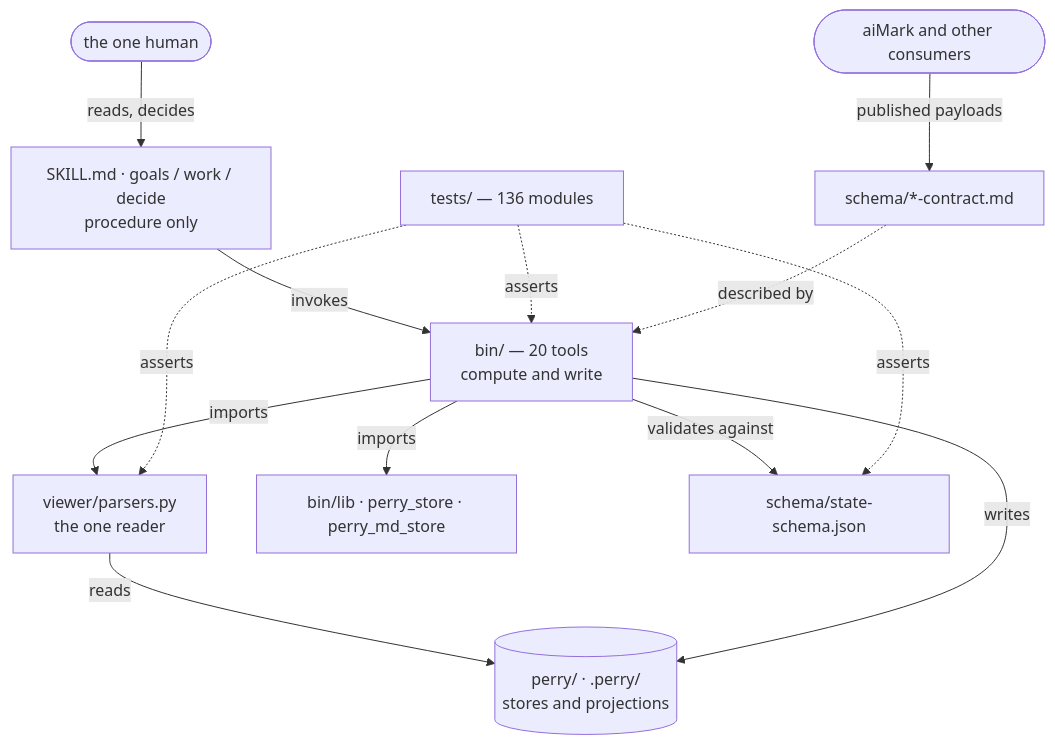
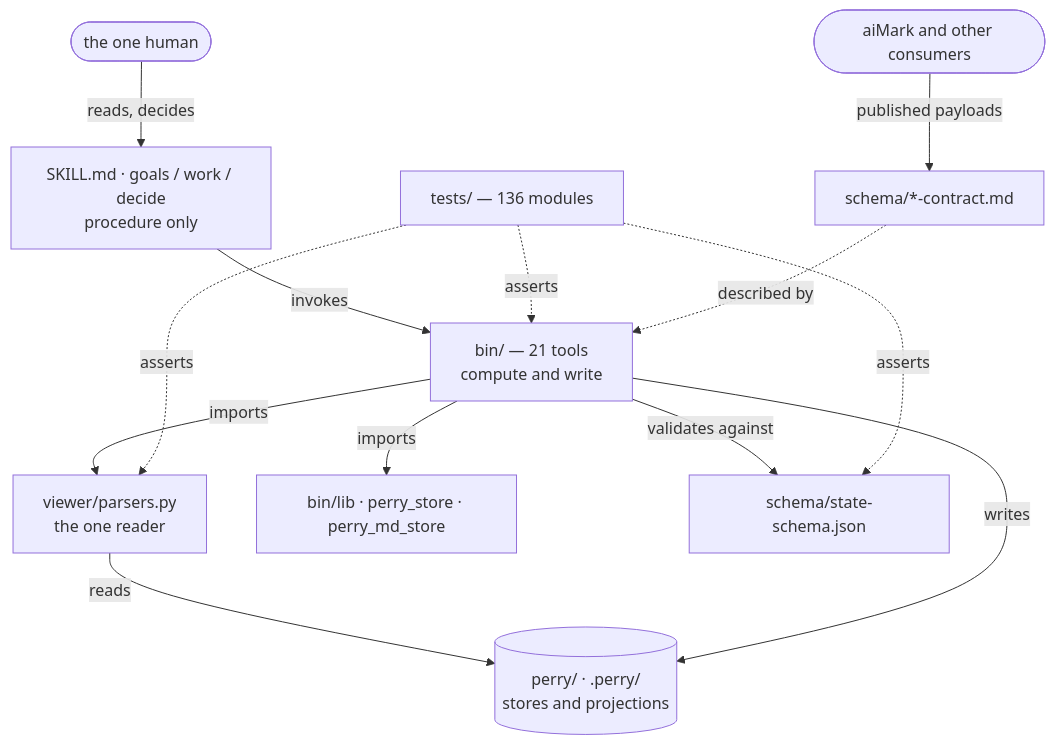
One commit to ranjiao/Perry changed the first of 3 diagrams in ARCHITECTURE.md. Above: the diagram before and after it, drawn with Mermaid. The commit also changed other lines of this file and 2 other files, not shown here.

First line of the commit message:
docs(architecture): exact resolver sunset and stale counts (TASK-487 round 2)

````diff
--- a/ARCHITECTURE.md
+++ b/ARCHITECTURE.md
@@ -156,15 +156,15 @@
 ```mermaid
 flowchart TD
     User([the one human]) -->|reads, decides| Lanes
     Lanes["SKILL.md · goals / work / decide<br/>procedure only"] -->|invokes| Bin
-    Bin["bin/ — 20 tools<br/>compute and write"] -->|imports| Parsers["viewer/parsers.py<br/>the one reader"]
+    Bin["bin/ — 21 tools<br/>compute and write"] -->|imports| Parsers["viewer/parsers.py<br/>the one reader"]
     Bin -->|imports| Lib["bin/lib · perry_store · perry_md_store"]
     Bin -->|validates against| Schema["schema/state-schema.json"]
     Parsers -->|reads| State[("perry/ · .perry/<br/>stores and projections")]
     Bin -->|writes| State
     Tests["tests/ — 136 modules"] -.asserts.-> Bin
     Tests -.asserts.-> Parsers
     Tests -.asserts.-> Schema
     Outside([aiMark and other consumers]) -->|published payloads| Contracts["schema/*-contract.md"]
     Contracts -.described by.-> Bin
 ```
````
